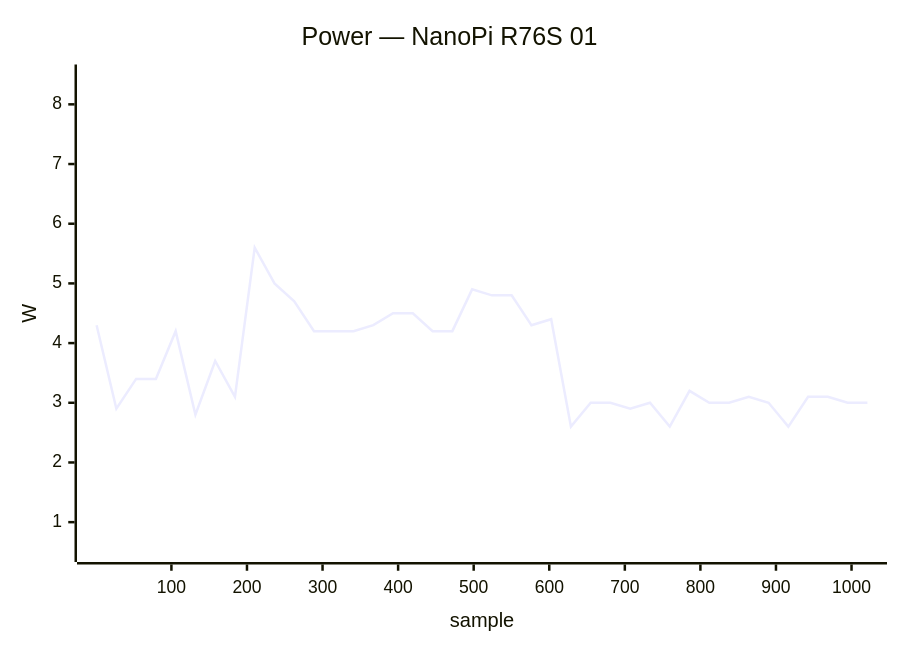
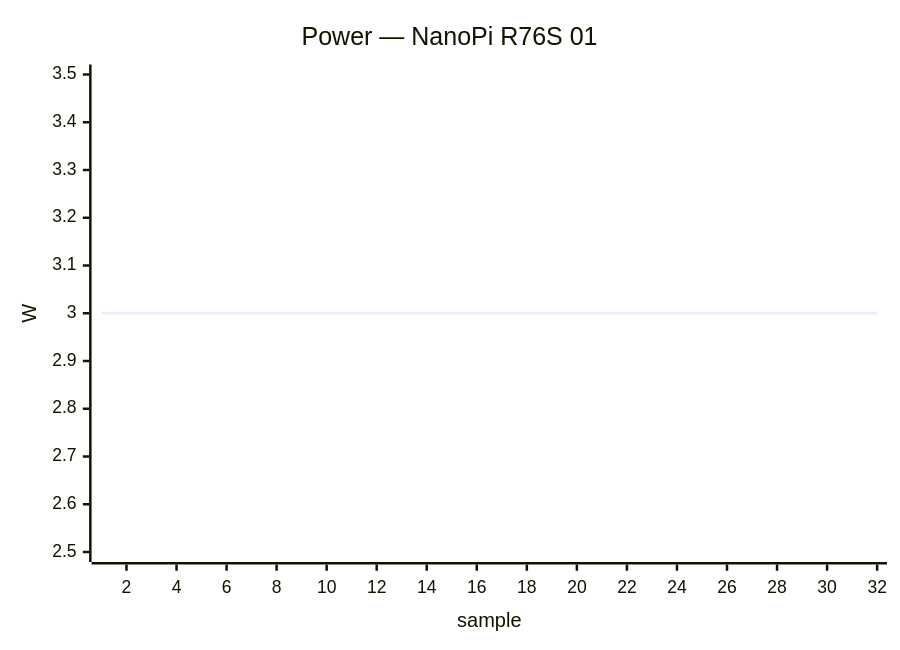
The fifth of 39 diagrams in docs/status/board-tests.md (armbian/documentation), drawn with Mermaid before and after one commit. The commit also changed other lines of this file, not shown here.

````diff
--- a/docs/status/board-tests.md
+++ b/docs/status/board-tests.md
@@ -167,7 +110,7 @@
 ```mermaid
 xychart-beta
     title "Power — NanoPi R76S 01"
-    x-axis "sample" 1 --> 1021
-    y-axis "W" 0.5 --> 8.5
-    line [4.3, 2.9, 3.4, 3.4, 4.2, 2.8, 3.7, 3.1, 5.6, 5.0, 4.7, 4.2, 4.2, 4.2, 4.3, 4.5, 4.5, 4.2, 4.2, 4.9, 4.8, 4.8, 4.3, 4.4, 2.6, 3.0, 3.0, 2.9, 3.0, 2.6, 3.2, 3.0, 3.0, 3.1, 3.0, 2.6, 3.1, 3.1, 3.0, 3.0]
+    x-axis "sample" 1 --> 32
+    y-axis "W" 2.5 --> 3.5
+    line [3.0, 3.0, 3.0, 3.0, 3.0, 3.0, 3.0, 3.0, 3.0, 3.0, 3.0, 3.0, 3.0, 3.0, 3.0, 3.0, 3.0, 3.0, 3.0, 3.0, 3.0, 3.0, 3.0, 3.0, 3.0, 3.0, 3.0, 3.0, 3.0, 3.0, 3.0, 3.0]
 ```
````
